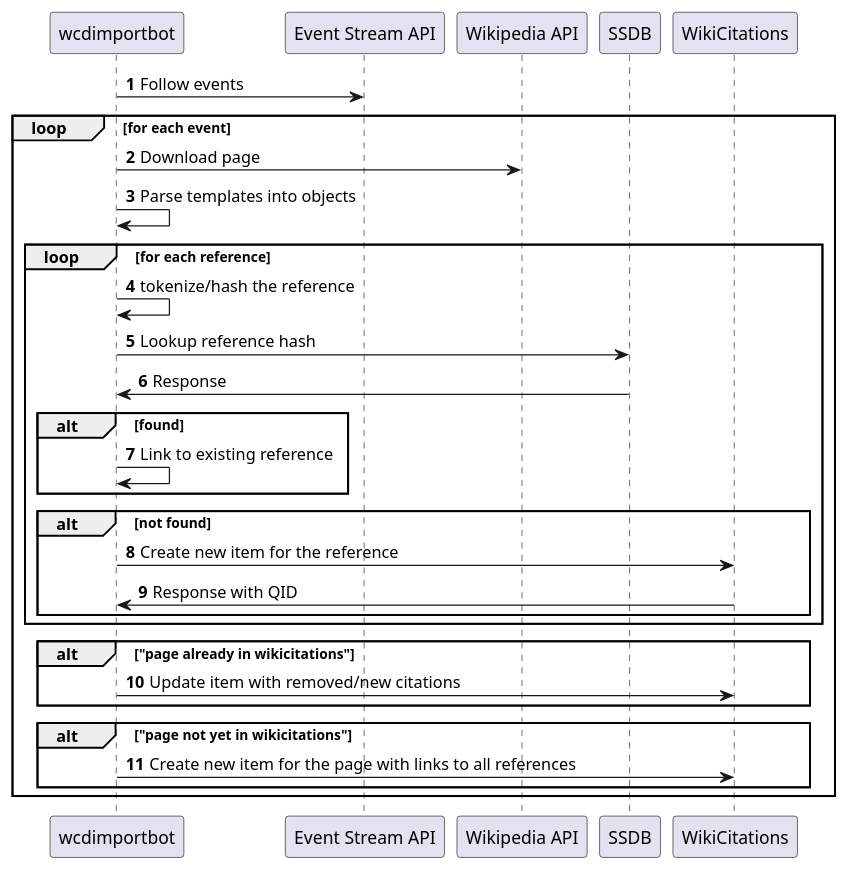
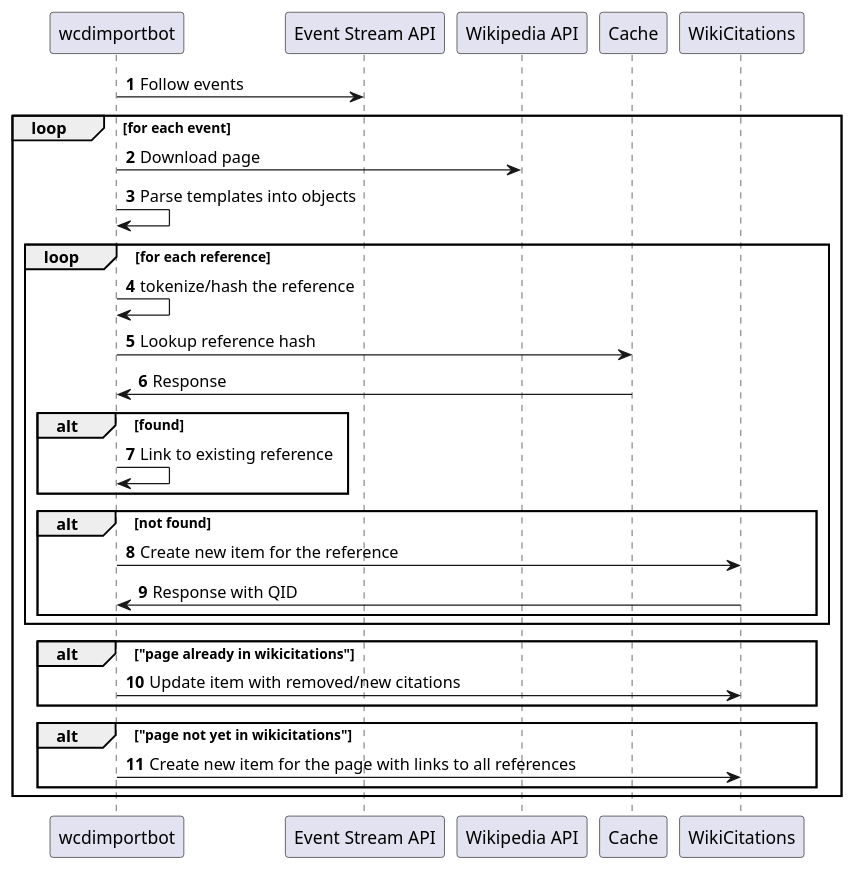
The diagram in diagrams/sequence_continous.puml (internetarchive/iari), drawn with PlantUML before and after one commit. The commit also changed 5 other files, not shown here.

Commit message:
Update diagrams and sort methods.

```diff
--- a/diagrams/sequence_continous.puml
+++ b/diagrams/sequence_continous.puml
@@ -1,28 +1,28 @@
 @startuml
 'https://plantuml.com/sequence-diagram
 
 autonumber
 wcdimportbot -> "Event Stream API": Follow events
 loop for each event
     wcdimportbot -> "Wikipedia API": Download page
     wcdimportbot -> wcdimportbot: Parse templates into objects
     loop for each reference
         wcdimportbot -> wcdimportbot: tokenize/hash the reference
-        wcdimportbot -> SSDB: Lookup reference hash
-        SSDB -> wcdimportbot: Response
+        wcdimportbot -> Cache: Lookup reference hash
+        Cache -> wcdimportbot: Response
         alt found
             wcdimportbot -> wcdimportbot: Link to existing reference
         end
         alt not found
             wcdimportbot -> WikiCitations: Create new item for the reference
             WikiCitations -> wcdimportbot: Response with QID
         end
     end
     alt "page already in wikicitations"
         wcdimportbot -> WikiCitations: Update item with removed/new citations
     end
     alt "page not yet in wikicitations"
         wcdimportbot -> WikiCitations: Create new item for the page with links to all references
     end
 end
 @enduml
```
